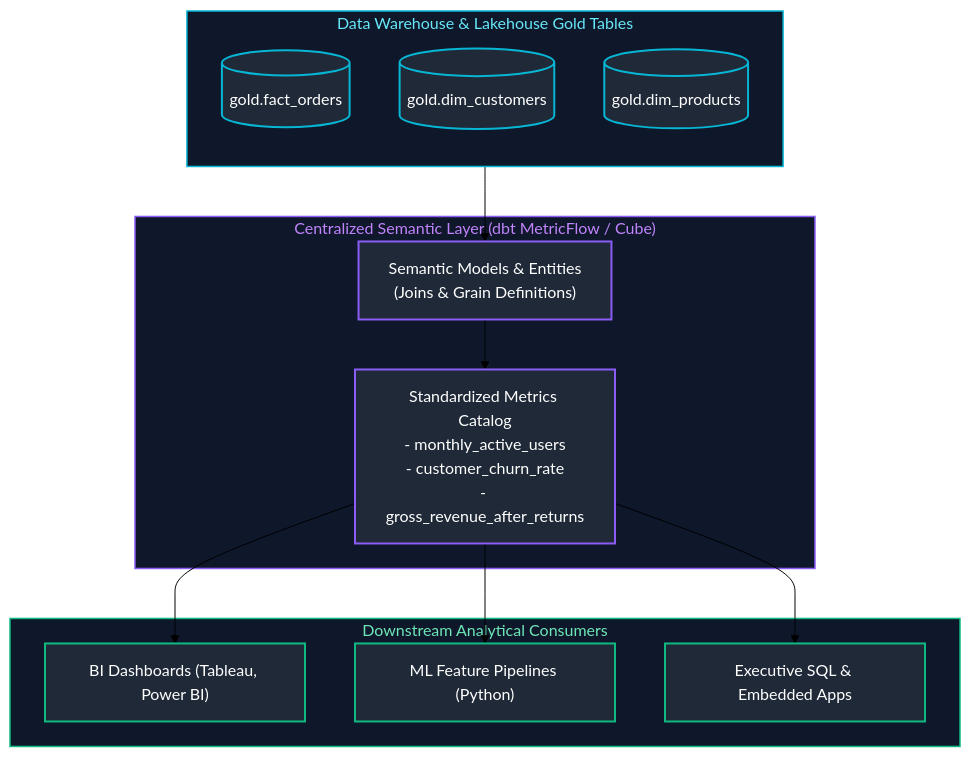
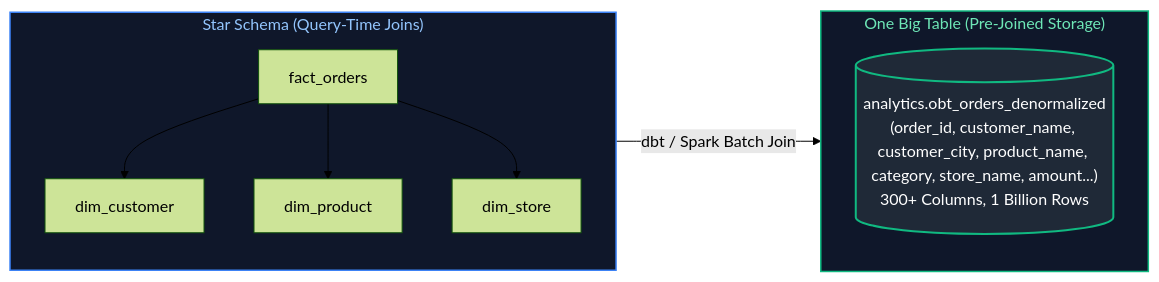
Diagram 18 of 30 in Data Engineering/06_data_architecture_and_modeling.md (joydeep-biswas/Interview-Preparation), drawn with Mermaid (forest theme) before and after one commit. The commit also changed other lines of this file and 143 other files, not shown here.

````diff
--- a/Data Engineering/06_data_architecture_and_modeling.md
+++ b/Data Engineering/06_data_architecture_and_modeling.md
@@ -946,38 +1326,22 @@
 ```mermaid
-flowchart TD
-    subgraph StorageLayer ["Data Warehouse & Lakehouse Gold Tables"]
-        direction TD
-        FOrders[("gold.fact_orders")]
-        DCustomers[("gold.dim_customers")]
-        DProducts[("gold.dim_products")]
+flowchart LR
+    subgraph TraditionalStar ["Star Schema (Query-Time Joins)"]
+        Fact[fact_orders]
+        DimC[dim_customer]
+        DimP[dim_product]
+        DimS[dim_store]
+        Fact --> DimC
+        Fact --> DimP
+        Fact --> DimS
     end
 
-    subgraph SemanticTier ["Centralized Semantic Layer (dbt MetricFlow / Cube)"]
-        SemModel["Semantic Models & Entities\n(Joins & Grain Definitions)"]
-        MetricsCatalog["Standardized Metrics Catalog\n- monthly_active_users\n- customer_churn_rate\n- gross_revenue_after_returns"]
-        SemModel --> MetricsCatalog
+    subgraph OBTDenorm ["One Big Table (Pre-Joined Storage)"]
+        WideTable[("analytics.obt_orders_denormalized<br/>(order_id, customer_name, customer_city, product_name, category, store_name, amount...)<br/>300+ Columns, 1 Billion Rows")]
     end
 
-    subgraph ConsumerTier ["Downstream Analytical Consumers"]
-        BI["BI Dashboards (Tableau, Power BI)"]
-        ML["ML Feature Pipelines (Python)"]
-        AdHoc["Executive SQL & Embedded Apps"]
-    end
+    TraditionalStar -->|"dbt / Spark Batch Join"| OBTDenorm
 
-    StorageLayer --> SemModel
-    MetricsCatalog --> BI
-    MetricsCatalog --> ML
-    MetricsCatalog --> AdHoc
-
-    style StorageLayer fill:#0f172a,stroke:#06b6d4,stroke-width:1.5px,color:#67e8f9
-    style SemanticTier fill:#0f172a,stroke:#8b5cf6,stroke-width:1.5px,color:#c084fc
-    style ConsumerTier fill:#0f172a,stroke:#10b981,stroke-width:1.5px,color:#6ee7b7
-    style FOrders fill:#1f2937,stroke:#06b6d4,stroke-width:2px,color:#fff
-    style DCustomers fill:#1f2937,stroke:#06b6d4,stroke-width:2px,color:#fff
-    style DProducts fill:#1f2937,stroke:#06b6d4,stroke-width:2px,color:#fff
-    style SemModel fill:#1f2937,stroke:#8b5cf6,stroke-width:2px,color:#fff
-    style MetricsCatalog fill:#1f2937,stroke:#8b5cf6,stroke-width:2px,color:#fff
-    style BI fill:#1f2937,stroke:#10b981,stroke-width:2px,color:#fff
-    style ML fill:#1f2937,stroke:#10b981,stroke-width:2px,color:#fff
-    style AdHoc fill:#1f2937,stroke:#10b981,stroke-width:2px,color:#fff
+    style TraditionalStar fill:#0f172a,stroke:#3b82f6,stroke-width:1.5px,color:#93c5fd
+    style OBTDenorm fill:#0f172a,stroke:#10b981,stroke-width:1.5px,color:#6ee7b7
+    style WideTable fill:#1f2937,stroke:#10b981,stroke-width:2px,color:#fff
 ```
````
